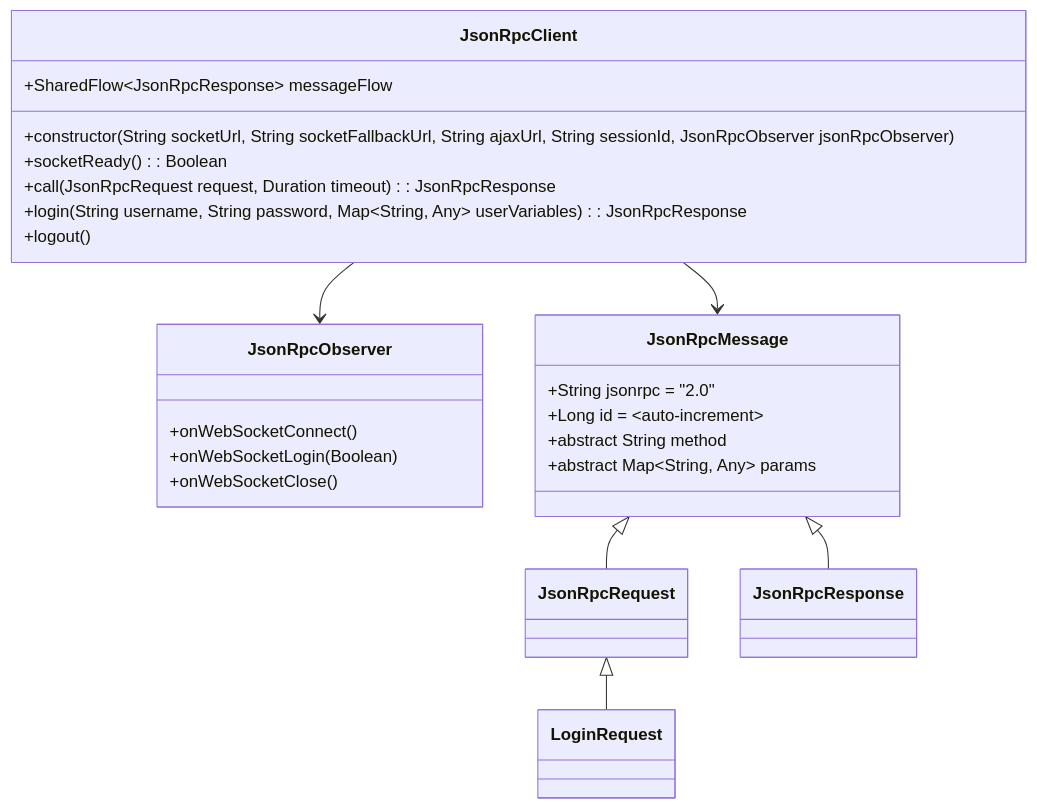
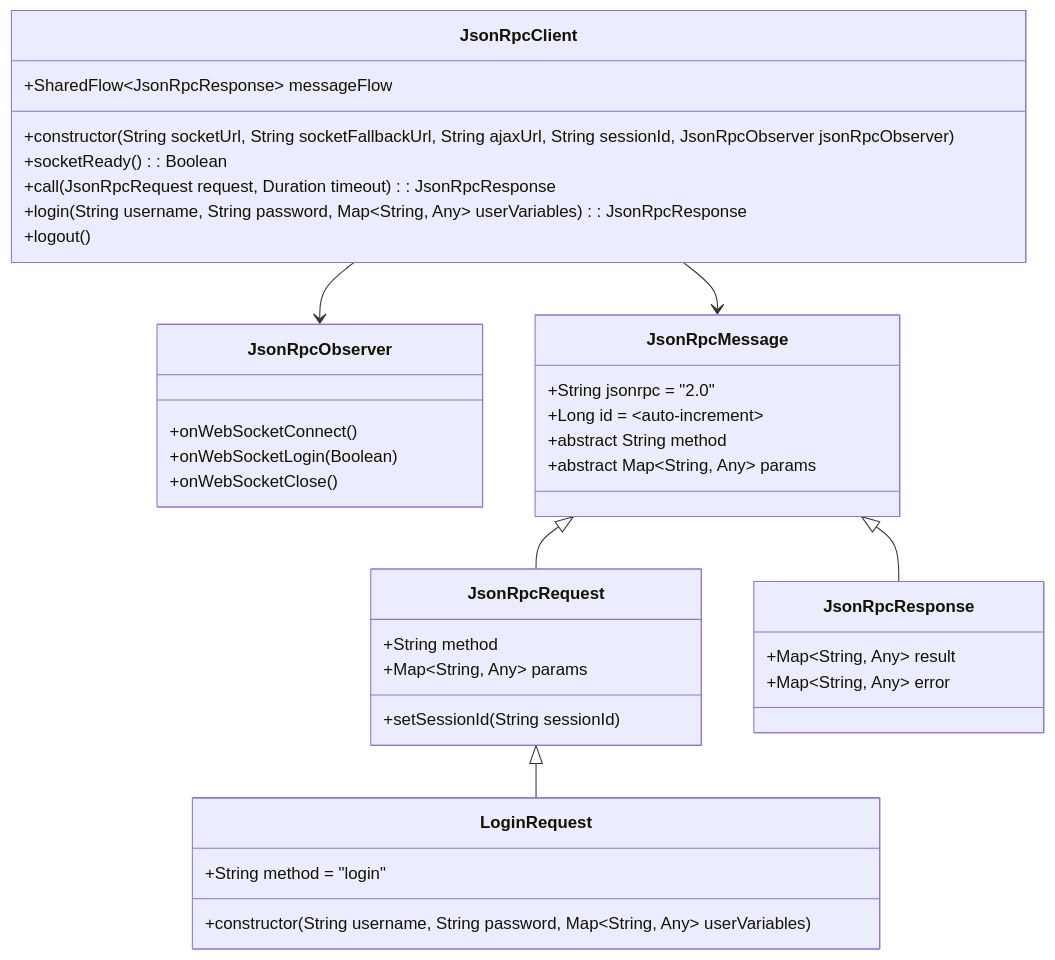
One commit to bjenning04/foam changed the diagram in verto-design.md. Above: the diagram before and after it, drawn with Mermaid. The commit also changed other lines of this file, not shown here.

Commit message:
May 4, 2026, 4:04 PM

````diff
--- a/verto-design.md
+++ b/verto-design.md
@@ -23,45 +22,49 @@
 ```mermaid
 ---
 displayMode: compact
 ---
 classDiagram
     JsonRpcClient --> JsonRpcObserver
     JsonRpcClient --> JsonRpcMessage
     JsonRpcMessage <|-- JsonRpcRequest
     JsonRpcMessage <|-- JsonRpcResponse
     JsonRpcRequest <|-- LoginRequest
 
     class JsonRpcClient {
         +SharedFlow~JsonRpcResponse~ messageFlow
         +constructor(String socketUrl, String socketFallbackUrl, String ajaxUrl, String sessionId, JsonRpcObserver jsonRpcObserver)
         +socketReady(): Boolean
         +call(JsonRpcRequest request, Duration timeout): JsonRpcResponse
         +login(String username, String password, Map~String, Any~ loginParams, Map~String, Any~ userVariables): JsonRpcResponse
         +logout()
     }
 
     class JsonRpcMessage {
         +String jsonrpc = "2.0"
         +Long id = ~auto-increment~
         +abstract String method
         +abstract Map~String, Any~ params
     }
 
     class JsonRpcObserver {
         +onWebSocketConnect()
         +onWebSocketLogin(Boolean)
         +onWebSocketClose()
     }
 
     class JsonRpcRequest {
-
+        +String method
+        +Map~String, Any~ params
+        +setSessionId(String sessionId)
     }
 
     class JsonRpcResponse {
-
+        +Map~String, Any~ result
+        +Map~String, Any~ error
     }
 
     class LoginRequest {
-
+        +String method = "login"
+        +constructor(String username, String password, Map~String, Any~ loginParams, Map~String, Any~ userVariables)
     }
 ```
````
